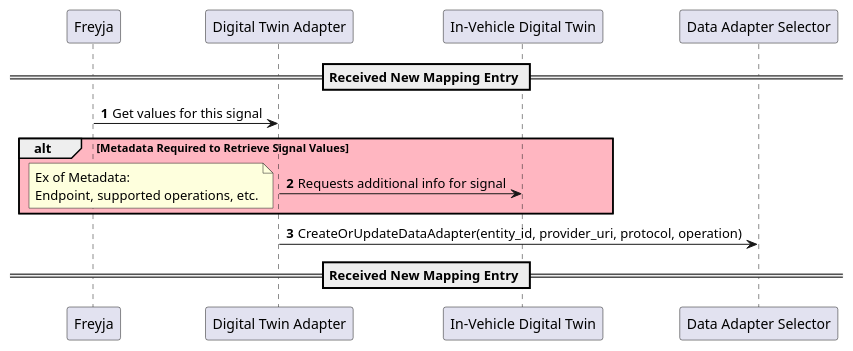
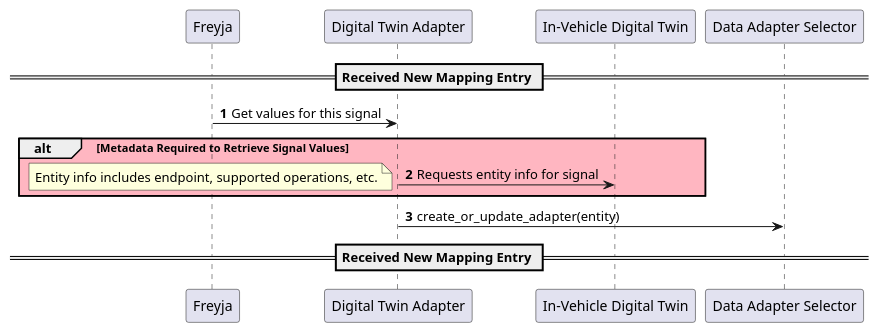
Before and after one commit to eclipse-ibeji/freyja: the diagram in docs/diagrams/digital_twin_adapter_sequence.puml, drawn with PlantUML. The commit also changed 2 other files, not shown here.

Commit message:
update diagrams

```diff
--- a/docs/diagrams/digital_twin_adapter_sequence.puml
+++ b/docs/diagrams/digital_twin_adapter_sequence.puml
@@ -1,27 +1,26 @@
 @startuml
 participant "Freyja"
 participant "Digital Twin Adapter"
 participant "In-Vehicle Digital Twin"
 participant "Data Adapter Selector"
 
 
 
 
 autonumber
 
 == Received New Mapping Entry ==
 
 "Freyja"->"Digital Twin Adapter": Get values for this signal
 
 alt #LightPink Metadata Required to Retrieve Signal Values
-    "Digital Twin Adapter"->"In-Vehicle Digital Twin": Requests additional info for signal
+    "Digital Twin Adapter"->"In-Vehicle Digital Twin": Requests entity info for signal
     note left
-    Ex of Metadata:
-    Endpoint, supported operations, etc.
+    Entity info includes endpoint, supported operations, etc.
     end note
 end
 
-"Digital Twin Adapter"->"Data Adapter Selector": CreateOrUpdateDataAdapter(entity_id, provider_uri, protocol, operation)
+"Digital Twin Adapter"->"Data Adapter Selector": create_or_update_adapter(entity)
 
 == Received New Mapping Entry ==
 @enduml
```
